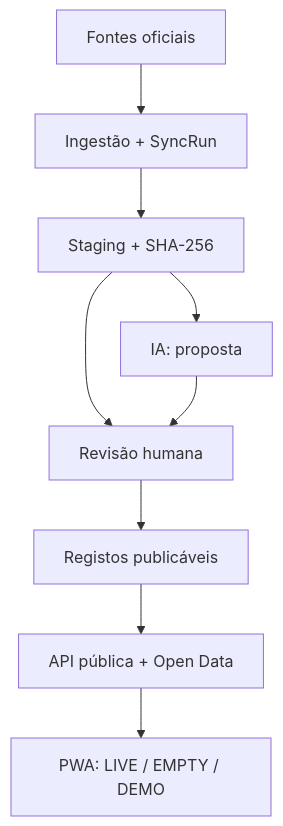
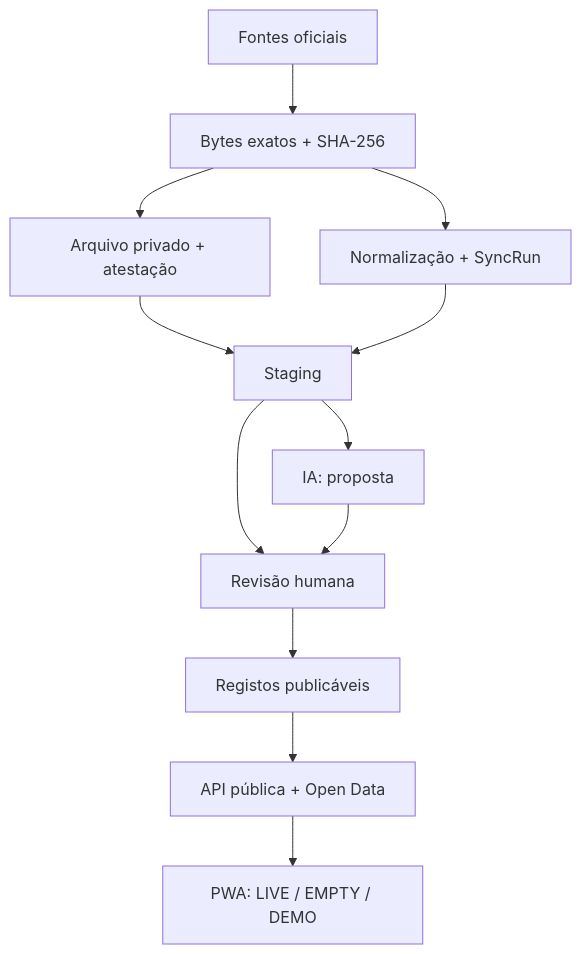
Before and after one commit to DxMaxi/transparencia-total-open-source: the diagram in README.md, drawn with Mermaid. The commit also changed other lines of this file and 27 other files, not shown here.

````diff
--- a/README.md
+++ b/README.md
@@ -70,11 +76,14 @@
 ```mermaid
 flowchart TD
-  A["Fontes oficiais"] --> B["Ingestão + SyncRun"]
-  B --> C["Staging + SHA-256"]
-  C --> D["Revisão humana"]
-  D --> E["Registos publicáveis"]
-  E --> F["API pública + Open Data"]
-  F --> G["PWA: LIVE / EMPTY / DEMO"]
-  C --> H["IA: proposta"]
-  H --> D
+  A["Fontes oficiais"] --> B["Bytes exatos + SHA-256"]
+  B --> C["Arquivo privado + atestação"]
+  B --> D["Normalização + SyncRun"]
+  C --> E["Staging"]
+  D --> E
+  E --> F["Revisão humana"]
+  F --> G["Registos publicáveis"]
+  G --> H["API pública + Open Data"]
+  H --> I["PWA: LIVE / EMPTY / DEMO"]
+  E --> J["IA: proposta"]
+  J --> F
 ```
````
